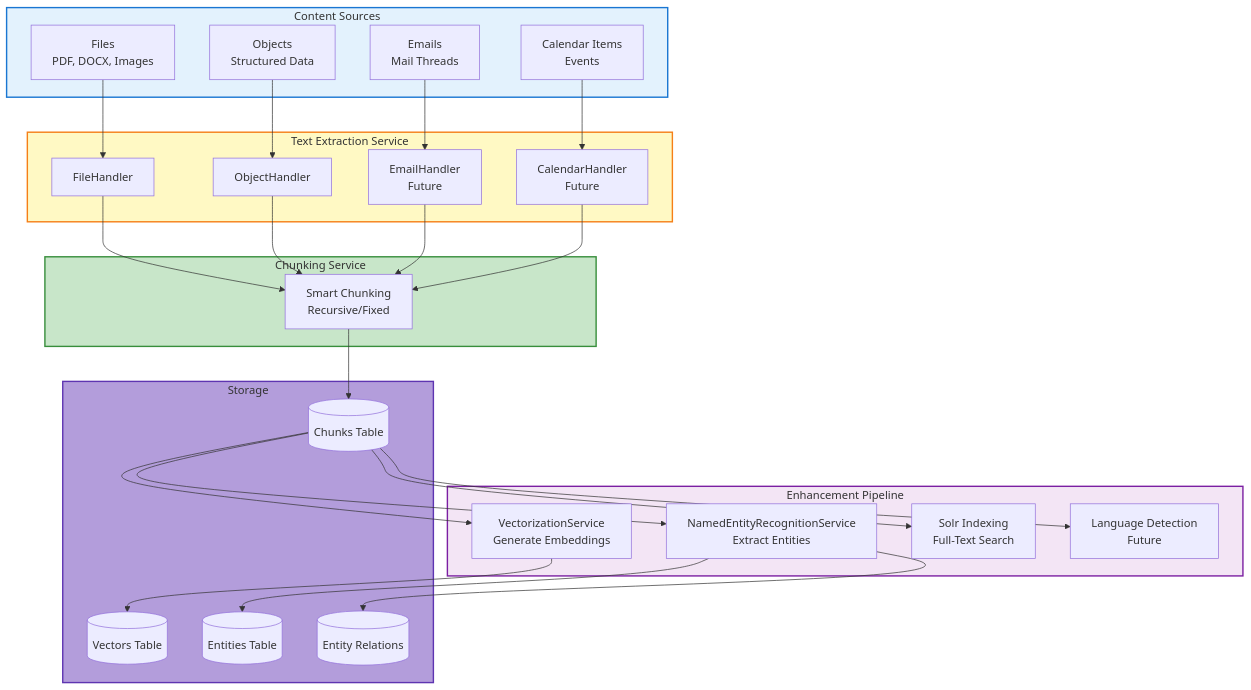
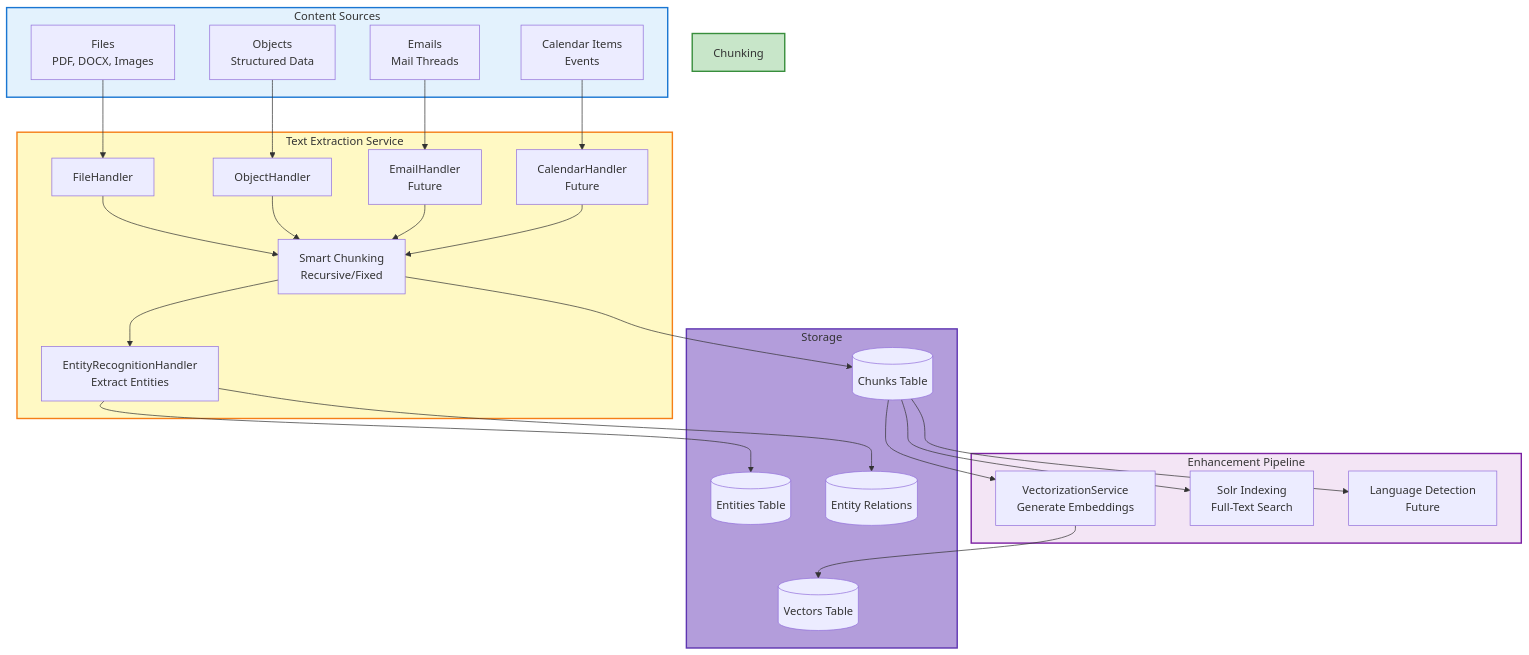
One commit to ConductionNL/openregister changed the first of 7 diagrams in website/docs/Features/text-extraction-vectorization-ner.md. Above: the diagram before and after it, drawn with Mermaid. The commit also changed 97 other files, not shown here.

````diff
--- a/website/docs/Features/text-extraction-vectorization-ner.md
+++ b/website/docs/Features/text-extraction-vectorization-ner.md
@@ -31,61 +31,58 @@
 ```mermaid
 graph TB
     subgraph Sources[Content Sources]
         Files[Files<br/>PDF, DOCX, Images]
         Objects[Objects<br/>Structured Data]
         Emails[Emails<br/>Mail Threads]
         Calendar[Calendar Items<br/>Events]
     end
     
     subgraph Extraction[Text Extraction Service]
         FileHandler[FileHandler]
         ObjectHandler[ObjectHandler]
         EmailHandler[EmailHandler<br/>Future]
         CalendarHandler[CalendarHandler<br/>Future]
-    end
-    
-    subgraph Chunking[Chunking Service]
         Chunker[Smart Chunking<br/>Recursive/Fixed]
+        ERH[EntityRecognitionHandler<br/>Extract Entities]
     end
     
     subgraph Enhancement[Enhancement Pipeline]
         Vectorization[VectorizationService<br/>Generate Embeddings]
-        NER[NamedEntityRecognitionService<br/>Extract Entities]
         SolrIndexing[Solr Indexing<br/>Full-Text Search]
         LanguageDetect[Language Detection<br/>Future]
     end
     
     subgraph Storage[Storage]
         ChunksDB[(Chunks Table)]
         VectorsDB[(Vectors Table)]
         EntitiesDB[(Entities Table)]
         RelationsDB[(Entity Relations)]
     end
     
     Files --> FileHandler
     Objects --> ObjectHandler
     Emails --> EmailHandler
     Calendar --> CalendarHandler
     
     FileHandler --> Chunker
     ObjectHandler --> Chunker
     EmailHandler --> Chunker
     CalendarHandler --> Chunker
     
     Chunker --> ChunksDB
+    Chunker --> ERH
     
     ChunksDB --> Vectorization
-    ChunksDB --> NER
     ChunksDB --> SolrIndexing
     ChunksDB --> LanguageDetect
     
     Vectorization --> VectorsDB
-    NER --> EntitiesDB
-    NER --> RelationsDB
+    ERH --> EntitiesDB
+    ERH --> RelationsDB
     
     style Sources fill:#e3f2fd,stroke:#1976d2,stroke-width:2px
     style Extraction fill:#fff9c4,stroke:#f57f17,stroke-width:2px
     style Chunking fill:#c8e6c9,stroke:#388e3c,stroke-width:2px
     style Enhancement fill:#f3e5f5,stroke:#7b1fa2,stroke-width:2px
     style Storage fill:#b39ddb,stroke:#5e35b1,stroke-width:2px
 ```
````
